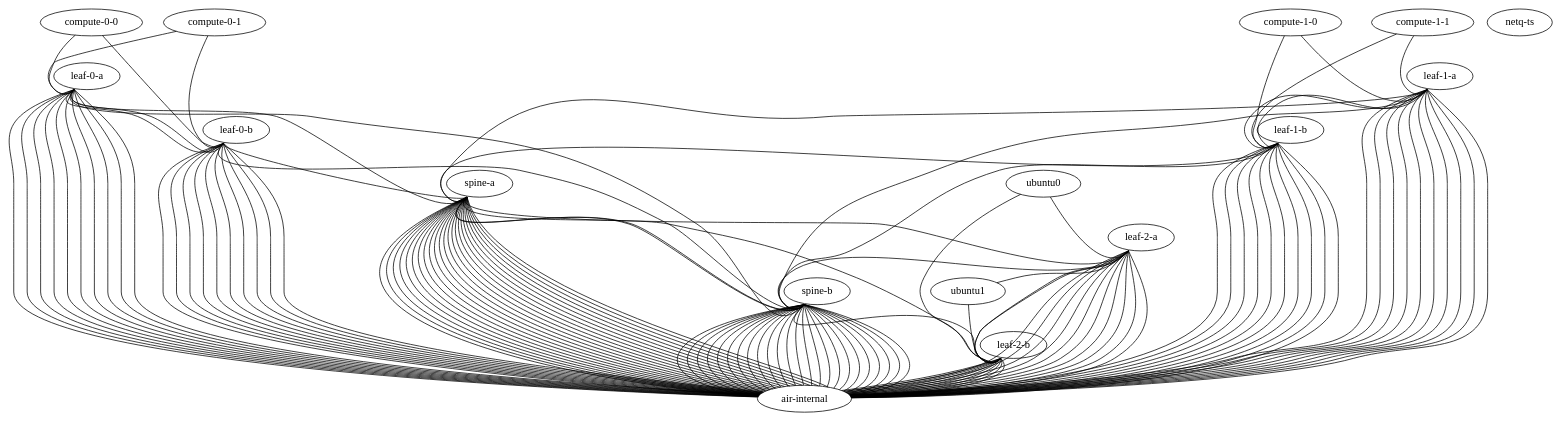
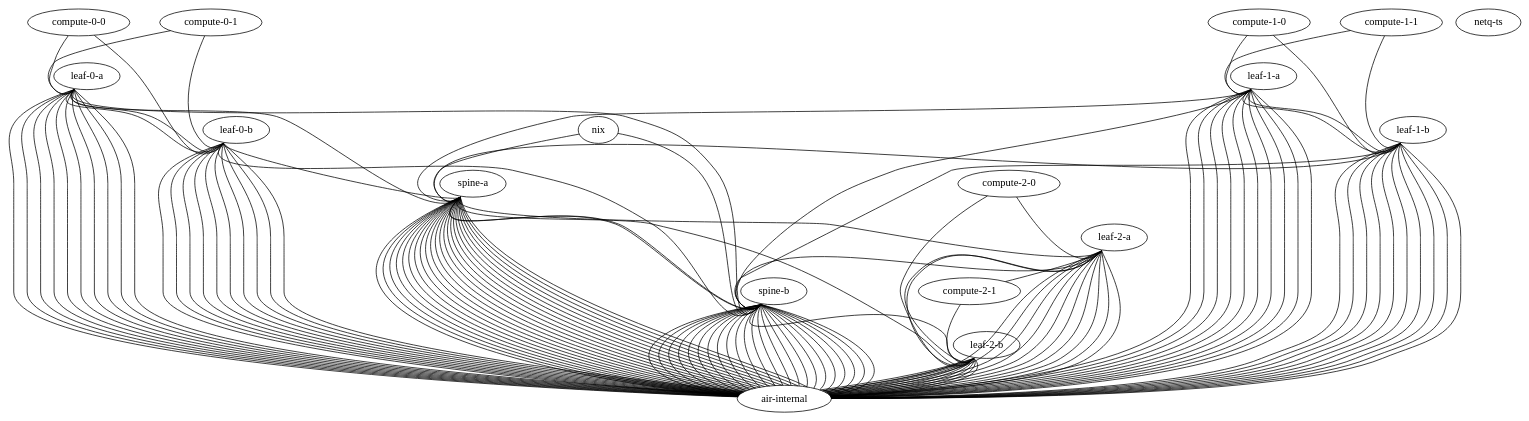
The diagram in topology.dot (na-son/nvidia-air), drawn with Graphviz before and after one commit. The commit also changed 2 other files, not shown here.

```diff
--- a/topology.dot
+++ b/topology.dot
@@ -1,160 +1,161 @@
 graph "main" {
   "spine-a" [ function="spine" memory="2048" os="cumulus-vx-5.8.0" cpu="1"]
   "spine-b" [ function="spine" memory="2048" os="cumulus-vx-5.8.0" cpu="1"]
   "leaf-0-a" [ function="leaf" memory="2048" os="cumulus-vx-5.8.0" cpu="1"]
   "leaf-0-b" [ function="leaf" memory="2048" os="cumulus-vx-5.8.0" cpu="1"]
   "leaf-1-a" [ function="leaf" memory="2048" os="cumulus-vx-5.8.0" cpu="1"]
   "leaf-1-b" [ function="leaf" memory="2048" os="cumulus-vx-5.8.0" cpu="1"]
   "leaf-2-a" [ function="leaf" memory="2048" os="cumulus-vx-5.8.0" cpu="1"]
   "leaf-2-b" [ function="leaf" memory="2048" os="cumulus-vx-5.8.0" cpu="1"]
+  "nix" [ memory="4096" os="generic/ubuntu2204" cpu="4"]
   "compute-0-0" [ memory="1024" os="generic/ubuntu2204" cpu="1"]
   "compute-0-1" [ memory="1024" os="generic/ubuntu2204" cpu="1"]
   "compute-1-0" [ memory="1024" os="generic/ubuntu2204" cpu="1"]
   "compute-1-1" [ memory="1024" os="generic/ubuntu2204" cpu="1"]
-  "ubuntu0" [ memory="1024" os="generic/ubuntu2204" cpu="1"]
-  "ubuntu1" [ memory="1024" os="generic/ubuntu2204" cpu="1"]
+  "compute-2-0" [ memory="1024" os="generic/ubuntu2204" cpu="1"]
+  "compute-2-1" [ memory="1024" os="generic/ubuntu2204" cpu="1"]
   "netq-ts" [ os="netq-ts-cloud-4.5.0" ]
     "leaf-0-a":"swp16" -- "leaf-0-b":"swp16"
     "leaf-0-b":"swp15" -- "leaf-0-a":"swp15"
     "spine-b":"swp32" -- "spine-a":"swp32"
     "spine-b":"swp31" -- "spine-a":"swp31"
     "leaf-0-a":"swp13" -- "spine-a":"swp1"
     "leaf-0-a":"swp14" -- "spine-b":"swp1"
     "leaf-0-b":"swp13" -- "spine-a":"swp2"
     "leaf-0-b":"swp14" -- "spine-b":"swp2"
     "leaf-1-a":"swp16" -- "leaf-1-b":"swp16"
     "leaf-1-a":"swp15" -- "leaf-1-b":"swp15"
     "leaf-1-a":"swp13" -- "spine-a":"swp3"
     "leaf-1-a":"swp14" -- "spine-b":"swp3"
     "leaf-1-b":"swp13" -- "spine-a":"swp4"
     "leaf-1-b":"swp14" -- "spine-b":"swp4"
     "leaf-2-a":"swp15" -- "leaf-2-b":"swp15"
     "leaf-2-a":"swp16" -- "leaf-2-b":"swp16"
     "spine-a":"swp5" -- "leaf-2-a":"swp13"
     "leaf-2-a":"swp14" -- "spine-b":"swp5"
     "spine-a":"swp6" -- "leaf-2-b":"swp13"
     "spine-b":"swp6" -- "leaf-2-b":"swp14"
     "compute-0-0":"eth1" -- "leaf-0-a":"swp1"
     "compute-0-0":"eth2" -- "leaf-0-b":"swp1"
     "compute-0-1":"eth1" -- "leaf-0-a":"swp2"
     "compute-0-1":"eth2" -- "leaf-0-b":"swp2"
     "compute-1-1":"eth1" -- "leaf-1-a":"swp2"
     "compute-1-0":"eth1" -- "leaf-1-a":"swp1"
     "compute-1-0":"eth2" -- "leaf-1-b":"swp1"
     "compute-1-1":"eth2" -- "leaf-1-b":"swp2"
-    "ubuntu0":"eth1" -- "leaf-2-a":"swp1"
-    "leaf-2-a":"swp2" -- "ubuntu1":"eth1"
-    "ubuntu0":"eth2" -- "leaf-2-b":"swp1"
-    "ubuntu1":"eth2" -- "leaf-2-b":"swp2"
+    "compute-2-0":"eth1" -- "leaf-2-a":"swp1"
+    "leaf-2-a":"swp2" -- "compute-2-1":"eth1"
+    "compute-2-0":"eth2" -- "leaf-2-b":"swp1"
+    "compute-2-1":"eth2" -- "leaf-2-b":"swp2"
+    "nix":"eth1" -- "spine-a":"swp30"
+    "nix":"eth2" -- "spine-b":"swp30"
 
   # Internal Air connectivity for uncabled ports
   "air-internal" [function="fake"]
     "spine-a":"swp7" -- "air-internal":"eth1"
     "spine-a":"swp8" -- "air-internal":"eth2"
     "spine-a":"swp9" -- "air-internal":"eth3"
     "spine-a":"swp10" -- "air-internal":"eth4"
     "spine-a":"swp11" -- "air-internal":"eth5"
     "spine-a":"swp12" -- "air-internal":"eth6"
     "spine-a":"swp13" -- "air-internal":"eth7"
     "spine-a":"swp14" -- "air-internal":"eth8"
     "spine-a":"swp15" -- "air-internal":"eth9"
     "spine-a":"swp16" -- "air-internal":"eth10"
     "spine-a":"swp17" -- "air-internal":"eth11"
     "spine-a":"swp18" -- "air-internal":"eth12"
     "spine-a":"swp19" -- "air-internal":"eth13"
     "spine-a":"swp20" -- "air-internal":"eth14"
     "spine-a":"swp21" -- "air-internal":"eth15"
     "spine-a":"swp22" -- "air-internal":"eth16"
     "spine-a":"swp23" -- "air-internal":"eth17"
     "spine-a":"swp24" -- "air-internal":"eth18"
     "spine-a":"swp25" -- "air-internal":"eth19"
     "spine-a":"swp26" -- "air-internal":"eth20"
     "spine-a":"swp27" -- "air-internal":"eth21"
     "spine-a":"swp28" -- "air-internal":"eth22"
     "spine-a":"swp29" -- "air-internal":"eth23"
-    "spine-a":"swp30" -- "air-internal":"eth24"
     "spine-b":"swp7" -- "air-internal":"eth25"
     "spine-b":"swp8" -- "air-internal":"eth26"
     "spine-b":"swp9" -- "air-internal":"eth27"
     "spine-b":"swp10" -- "air-internal":"eth28"
     "spine-b":"swp11" -- "air-internal":"eth29"
     "spine-b":"swp12" -- "air-internal":"eth30"
     "spine-b":"swp13" -- "air-internal":"eth31"
     "spine-b":"swp14" -- "air-internal":"eth32"
     "spine-b":"swp15" -- "air-internal":"eth33"
     "spine-b":"swp16" -- "air-internal":"eth34"
     "spine-b":"swp17" -- "air-internal":"eth35"
     "spine-b":"swp18" -- "air-internal":"eth36"
     "spine-b":"swp19" -- "air-internal":"eth37"
     "spine-b":"swp20" -- "air-internal":"eth38"
     "spine-b":"swp21" -- "air-internal":"eth39"
     "spine-b":"swp22" -- "air-internal":"eth40"
     "spine-b":"swp23" -- "air-internal":"eth41"
     "spine-b":"swp24" -- "air-internal":"eth42"
     "spine-b":"swp25" -- "air-internal":"eth43"
     "spine-b":"swp26" -- "air-internal":"eth44"
     "spine-b":"swp27" -- "air-internal":"eth45"
     "spine-b":"swp28" -- "air-internal":"eth46"
     "spine-b":"swp29" -- "air-internal":"eth47"
-    "spine-b":"swp30" -- "air-internal":"eth48"
     "leaf-0-a":"swp3" -- "air-internal":"eth49"
     "leaf-0-a":"swp4" -- "air-internal":"eth50"
     "leaf-0-a":"swp5" -- "air-internal":"eth51"
     "leaf-0-a":"swp6" -- "air-internal":"eth52"
     "leaf-0-a":"swp7" -- "air-internal":"eth53"
     "leaf-0-a":"swp8" -- "air-internal":"eth54"
     "leaf-0-a":"swp9" -- "air-internal":"eth55"
     "leaf-0-a":"swp10" -- "air-internal":"eth56"
     "leaf-0-a":"swp11" -- "air-internal":"eth57"
     "leaf-0-a":"swp12" -- "air-internal":"eth58"
     "leaf-0-b":"swp3" -- "air-internal":"eth59"
     "leaf-0-b":"swp4" -- "air-internal":"eth60"
     "leaf-0-b":"swp5" -- "air-internal":"eth61"
     "leaf-0-b":"swp6" -- "air-internal":"eth62"
     "leaf-0-b":"swp7" -- "air-internal":"eth63"
     "leaf-0-b":"swp8" -- "air-internal":"eth64"
     "leaf-0-b":"swp9" -- "air-internal":"eth65"
     "leaf-0-b":"swp10" -- "air-internal":"eth66"
     "leaf-0-b":"swp11" -- "air-internal":"eth67"
     "leaf-0-b":"swp12" -- "air-internal":"eth68"
     "leaf-1-a":"swp3" -- "air-internal":"eth69"
     "leaf-1-a":"swp4" -- "air-internal":"eth70"
     "leaf-1-a":"swp5" -- "air-internal":"eth71"
     "leaf-1-a":"swp6" -- "air-internal":"eth72"
     "leaf-1-a":"swp7" -- "air-internal":"eth73"
     "leaf-1-a":"swp8" -- "air-internal":"eth74"
     "leaf-1-a":"swp9" -- "air-internal":"eth75"
     "leaf-1-a":"swp10" -- "air-internal":"eth76"
     "leaf-1-a":"swp11" -- "air-internal":"eth77"
     "leaf-1-a":"swp12" -- "air-internal":"eth78"
     "leaf-1-b":"swp3" -- "air-internal":"eth79"
     "leaf-1-b":"swp4" -- "air-internal":"eth80"
     "leaf-1-b":"swp5" -- "air-internal":"eth81"
     "leaf-1-b":"swp6" -- "air-internal":"eth82"
     "leaf-1-b":"swp7" -- "air-internal":"eth83"
     "leaf-1-b":"swp8" -- "air-internal":"eth84"
     "leaf-1-b":"swp9" -- "air-internal":"eth85"
     "leaf-1-b":"swp10" -- "air-internal":"eth86"
     "leaf-1-b":"swp11" -- "air-internal":"eth87"
     "leaf-1-b":"swp12" -- "air-internal":"eth88"
     "leaf-2-a":"swp3" -- "air-internal":"eth89"
     "leaf-2-a":"swp4" -- "air-internal":"eth90"
     "leaf-2-a":"swp5" -- "air-internal":"eth91"
     "leaf-2-a":"swp6" -- "air-internal":"eth92"
     "leaf-2-a":"swp7" -- "air-internal":"eth93"
     "leaf-2-a":"swp8" -- "air-internal":"eth94"
     "leaf-2-a":"swp9" -- "air-internal":"eth95"
     "leaf-2-a":"swp10" -- "air-internal":"eth96"
     "leaf-2-a":"swp11" -- "air-internal":"eth97"
     "leaf-2-a":"swp12" -- "air-internal":"eth98"
     "leaf-2-b":"swp3" -- "air-internal":"eth99"
     "leaf-2-b":"swp4" -- "air-internal":"eth100"
     "leaf-2-b":"swp5" -- "air-internal":"eth101"
     "leaf-2-b":"swp6" -- "air-internal":"eth102"
     "leaf-2-b":"swp7" -- "air-internal":"eth103"
     "leaf-2-b":"swp8" -- "air-internal":"eth104"
     "leaf-2-b":"swp9" -- "air-internal":"eth105"
     "leaf-2-b":"swp10" -- "air-internal":"eth106"
     "leaf-2-b":"swp11" -- "air-internal":"eth107"
     "leaf-2-b":"swp12" -- "air-internal":"eth108"
 }
```
